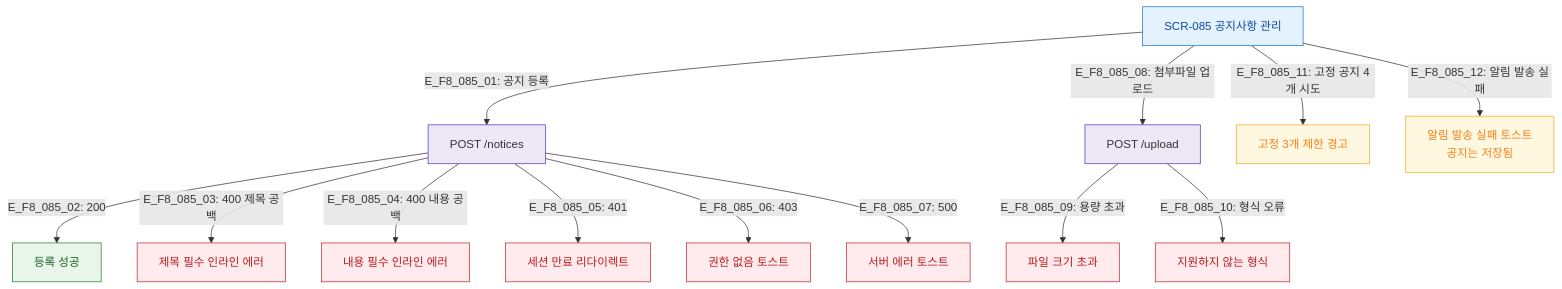
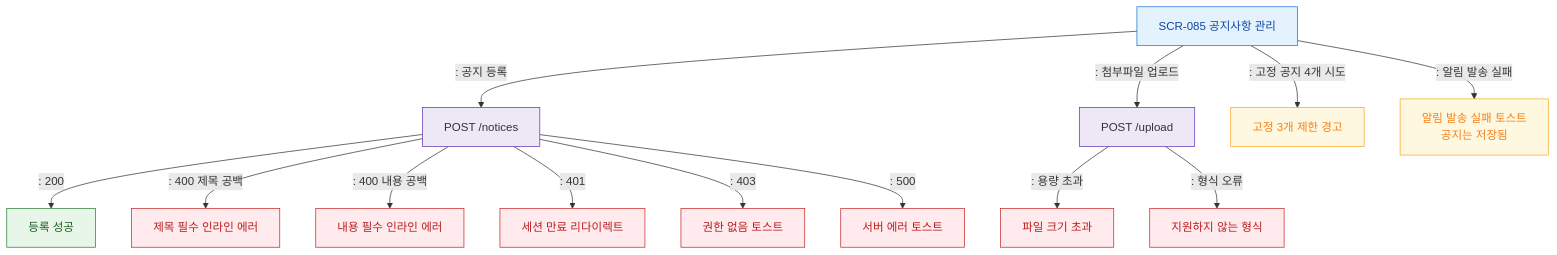
The diagram in docs/다이어그램/D09_설정관리/SCR-085_공지사항관리/F8_에러예외복구.md (dev-spogym/admin-pando), drawn with Mermaid before and after one commit. The commit also changed other lines of this file and 1660 other files, not shown here.

First line of the commit message:
다이어그램: 기획자/클라이언트 납품본으로 정리

````diff
--- a/docs/다이어그램/D09_설정관리/SCR-085_공지사항관리/F8_에러예외복구.md
+++ b/docs/다이어그램/D09_설정관리/SCR-085_공지사항관리/F8_에러예외복구.md
@@ -14,31 +12,31 @@
 ```mermaid
 flowchart TD
     SCR085[SCR-085 공지사항 관리]
 
-    SCR085 -->|"E_F8_085_01: 공지 등록"| PostReq[POST /notices]
-    PostReq -->|"E_F8_085_02: 200"| PostOK[등록 성공]
-    PostReq -->|"E_F8_085_03: 400 제목 공백"| E_Title[제목 필수 인라인 에러]
-    PostReq -->|"E_F8_085_04: 400 내용 공백"| E_Content[내용 필수 인라인 에러]
-    PostReq -->|"E_F8_085_05: 401"| E_Auth[세션 만료 리다이렉트]
-    PostReq -->|"E_F8_085_06: 403"| E_Perm[권한 없음 토스트]
-    PostReq -->|"E_F8_085_07: 500"| E_Server[서버 에러 토스트]
+    SCR085 -->|": 공지 등록"|PostReq[POST /notices]
+    PostReq -->|": 200"|PostOK[등록 성공]
+    PostReq -->|": 400 제목 공백"|E_Title[제목 필수 인라인 에러]
+    PostReq -->|": 400 내용 공백"|E_Content[내용 필수 인라인 에러]
+    PostReq -->|": 401"|E_Auth[세션 만료 리다이렉트]
+    PostReq -->|": 403"|E_Perm[권한 없음 토스트]
+    PostReq -->|": 500"|E_Server[서버 에러 토스트]
 
-    SCR085 -->|"E_F8_085_08: 첨부파일 업로드"| UploadReq[POST /upload]
-    UploadReq -->|"E_F8_085_09: 용량 초과"| E_FileSize[파일 크기 초과]
-    UploadReq -->|"E_F8_085_10: 형식 오류"| E_FileType[지원하지 않는 형식]
+    SCR085 -->|": 첨부파일 업로드"|UploadReq[POST /upload]
+    UploadReq -->|": 용량 초과"|E_FileSize[파일 크기 초과]
+    UploadReq -->|": 형식 오류"|E_FileType[지원하지 않는 형식]
 
-    SCR085 -->|"E_F8_085_11: 고정 공지 4개 시도"| E_PinMax[고정 3개 제한 경고]
+    SCR085 -->|": 고정 공지 4개 시도"|E_PinMax[고정 3개 제한 경고]
 
-    SCR085 -->|"E_F8_085_12: 알림 발송 실패"| E_Notify[알림 발송 실패 토스트\n공지는 저장됨]
+    SCR085 -->|": 알림 발송 실패"|E_Notify[알림 발송 실패 토스트\n공지는 저장됨]
 
     classDef screen fill:#E3F2FD,stroke:#1976D2,color:#0D47A1
     classDef error fill:#FFEBEE,stroke:#C62828,color:#B71C1C
     classDef success fill:#E8F5E9,stroke:#2E7D32,color:#1B5E20
     classDef warning fill:#FFF8E1,stroke:#F9A825,color:#F57F17
     classDef system fill:#EDE7F6,stroke:#5E35B2
     class SCR085 screen
     class E_Title,E_Content,E_Auth,E_Perm,E_Server,E_FileSize,E_FileType error
     class PostOK success
     class E_PinMax,E_Notify warning
     class PostReq,UploadReq system
 ```
````
